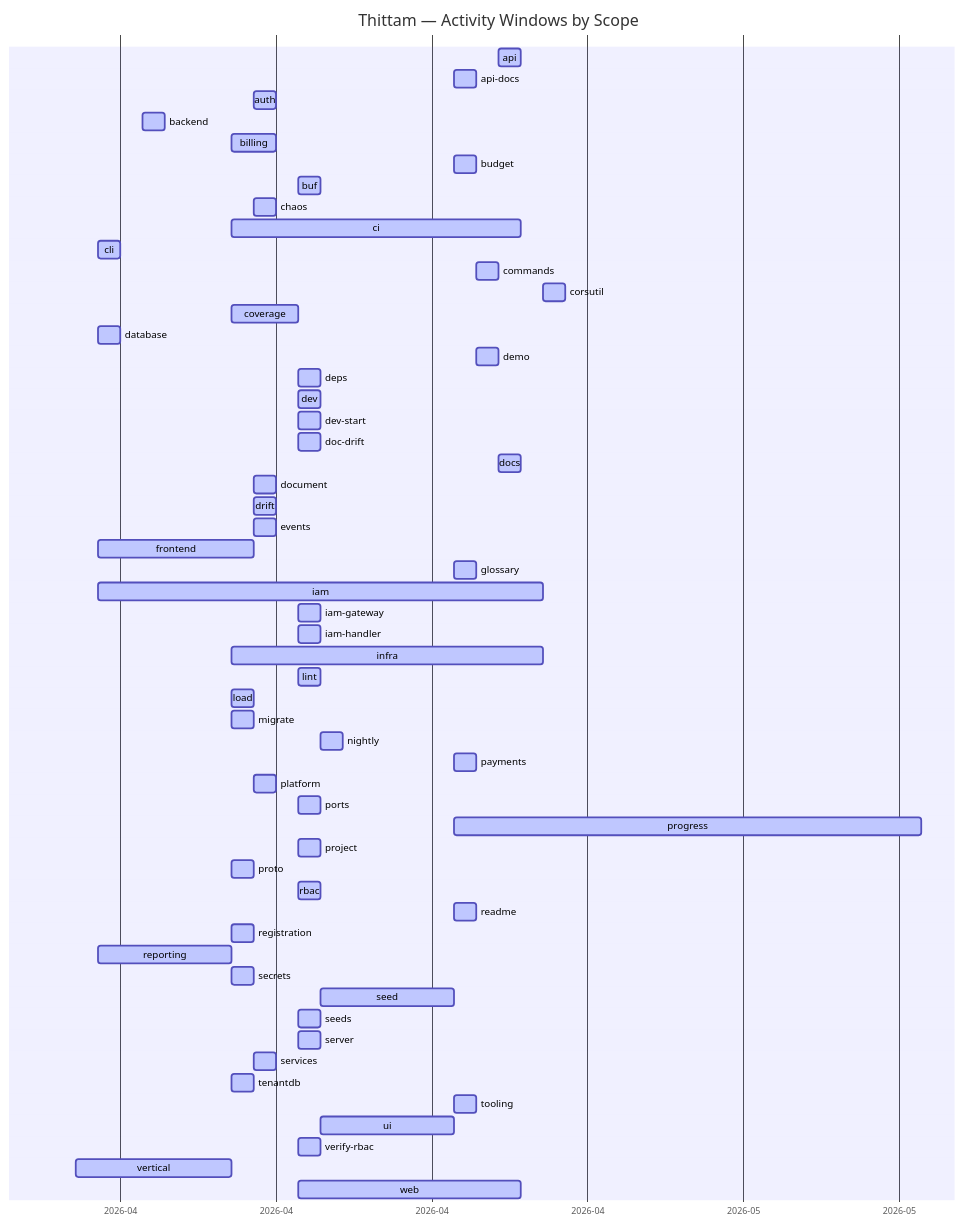
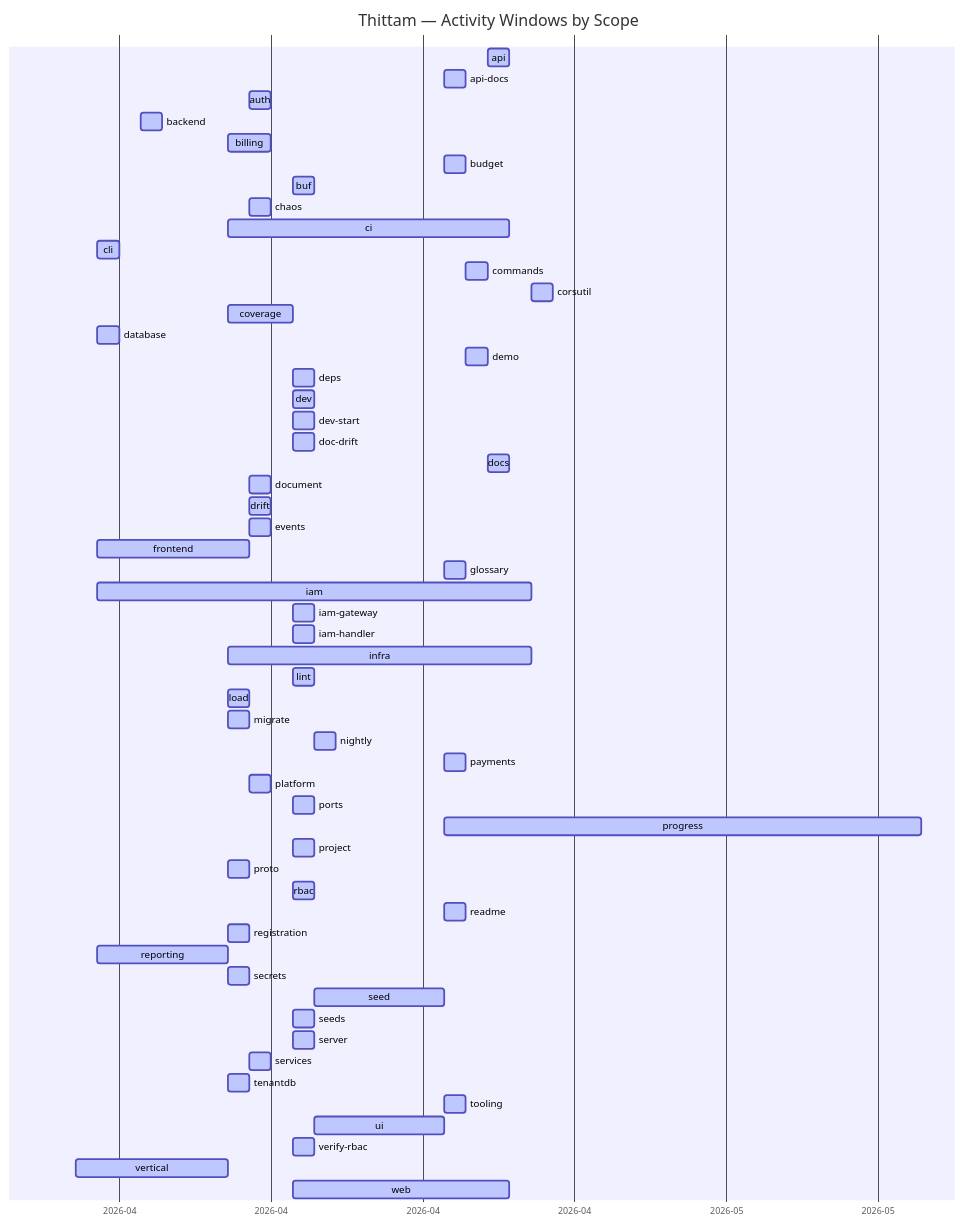
Before and after one commit to wegofwd2020-hub/thittam: the diagram in docs/PROGRESS.md, drawn with Mermaid. The commit also changed other lines of this file and 1 other file, not shown here.

Commit message:
chore(progress): nightly update of docs/PROGRESS.md + CSVs

````diff
--- a/docs/PROGRESS.md
+++ b/docs/PROGRESS.md
@@ -9,60 +9,60 @@
 ```mermaid
 gantt
     title Thittam — Activity Windows by Scope
     dateFormat YYYY-MM-DD
     axisFormat %Y-%m
     api                :active, s_api, 2026-04-22, 2026-04-23
     api-docs           :active, s_api_docs, 2026-04-20, 2026-04-21
     auth               :active, s_auth, 2026-04-11, 2026-04-12
     backend            :active, s_backend, 2026-04-06, 2026-04-07
     billing            :active, s_billing, 2026-04-10, 2026-04-12
     budget             :active, s_budget, 2026-04-20, 2026-04-21
     buf                :active, s_buf, 2026-04-13, 2026-04-14
     chaos              :active, s_chaos, 2026-04-11, 2026-04-12
     ci                 :active, s_ci, 2026-04-10, 2026-04-23
     cli                :active, s_cli, 2026-04-04, 2026-04-05
     commands           :active, s_commands, 2026-04-21, 2026-04-22
     corsutil           :active, s_corsutil, 2026-04-24, 2026-04-25
     coverage           :active, s_coverage, 2026-04-10, 2026-04-13
     database           :active, s_database, 2026-04-04, 2026-04-05
     demo               :active, s_demo, 2026-04-21, 2026-04-22
     deps               :active, s_deps, 2026-04-13, 2026-04-14
     dev                :active, s_dev, 2026-04-13, 2026-04-14
     dev-start          :active, s_dev_start, 2026-04-13, 2026-04-14
     doc-drift          :active, s_doc_drift, 2026-04-13, 2026-04-14
     docs               :active, s_docs, 2026-04-22, 2026-04-23
     document           :active, s_document, 2026-04-11, 2026-04-12
     drift              :active, s_drift, 2026-04-11, 2026-04-12
     events             :active, s_events, 2026-04-11, 2026-04-12
     frontend           :active, s_frontend, 2026-04-04, 2026-04-11
     glossary           :active, s_glossary, 2026-04-20, 2026-04-21
     iam                :active, s_iam, 2026-04-04, 2026-04-24
     iam-gateway        :active, s_iam_gateway, 2026-04-13, 2026-04-14
     iam-handler        :active, s_iam_handler, 2026-04-13, 2026-04-14
     infra              :active, s_infra, 2026-04-10, 2026-04-24
     lint               :active, s_lint, 2026-04-13, 2026-04-14
     load               :active, s_load, 2026-04-10, 2026-04-11
     migrate            :active, s_migrate, 2026-04-10, 2026-04-11
     nightly            :active, s_nightly, 2026-04-14, 2026-04-15
     payments           :active, s_payments, 2026-04-20, 2026-04-21
     platform           :active, s_platform, 2026-04-11, 2026-04-12
     ports              :active, s_ports, 2026-04-13, 2026-04-14
-    progress           :active, s_progress, 2026-04-20, 2026-05-11
+    progress           :active, s_progress, 2026-04-20, 2026-05-12
     project            :active, s_project, 2026-04-13, 2026-04-14
     proto              :active, s_proto, 2026-04-10, 2026-04-11
     rbac               :active, s_rbac, 2026-04-13, 2026-04-14
     readme             :active, s_readme, 2026-04-20, 2026-04-21
     registration       :active, s_registration, 2026-04-10, 2026-04-11
     reporting          :active, s_reporting, 2026-04-04, 2026-04-10
     secrets            :active, s_secrets, 2026-04-10, 2026-04-11
     seed               :active, s_seed, 2026-04-14, 2026-04-20
     seeds              :active, s_seeds, 2026-04-13, 2026-04-14
     server             :active, s_server, 2026-04-13, 2026-04-14
     services           :active, s_services, 2026-04-11, 2026-04-12
     tenantdb           :active, s_tenantdb, 2026-04-10, 2026-04-11
     tooling            :active, s_tooling, 2026-04-20, 2026-04-21
     ui                 :active, s_ui, 2026-04-14, 2026-04-20
     verify-rbac        :active, s_verify_rbac, 2026-04-13, 2026-04-14
     vertical           :active, s_vertical, 2026-04-03, 2026-04-10
     web                :active, s_web, 2026-04-13, 2026-04-23
 ```
````
